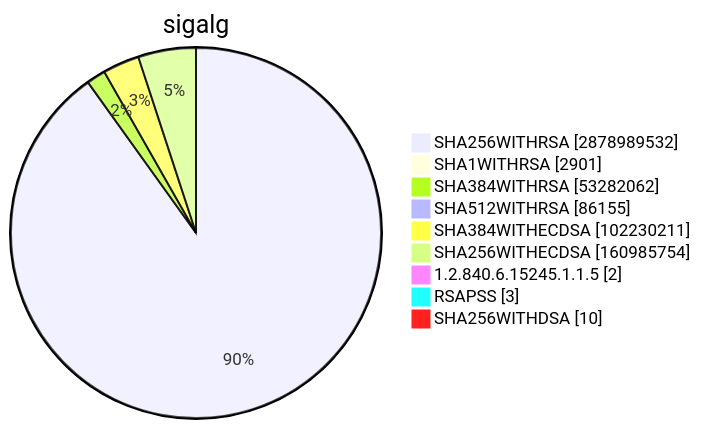
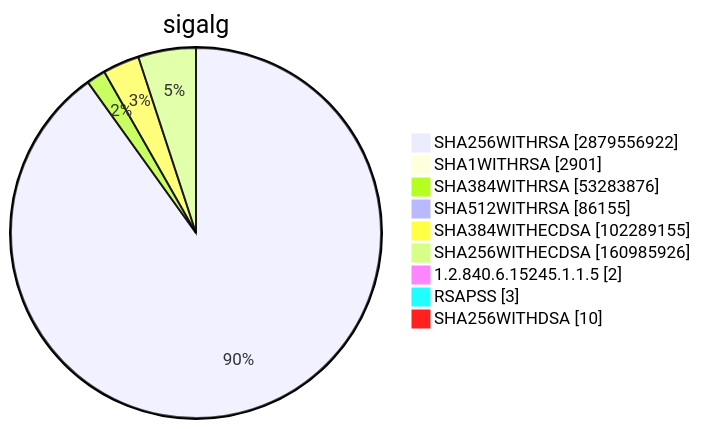
Before and after one commit to christiankrug/ctmonitor_visualization: diagram 15 of 15 in TOTAL/README.md, drawn with Mermaid. The commit also changed other lines of this file, not shown here.

````diff
--- a/TOTAL/README.md
+++ b/TOTAL/README.md
@@ -6207,13 +6207,13 @@
 ```mermaid
 pie showData
 title sigalg
-"SHA256WITHRSA" :2878989532
+"SHA256WITHRSA" :2879556922
 "SHA1WITHRSA" :2901
-"SHA384WITHRSA" :53282062
+"SHA384WITHRSA" :53283876
 "SHA512WITHRSA" :86155
-"SHA384WITHECDSA" :102230211
-"SHA256WITHECDSA" :160985754
+"SHA384WITHECDSA" :102289155
+"SHA256WITHECDSA" :160985926
 "1.2.840.6.15245.1.1.5" :2
 "RSAPSS" :3
 "SHA256WITHDSA" :10
 ```
````
